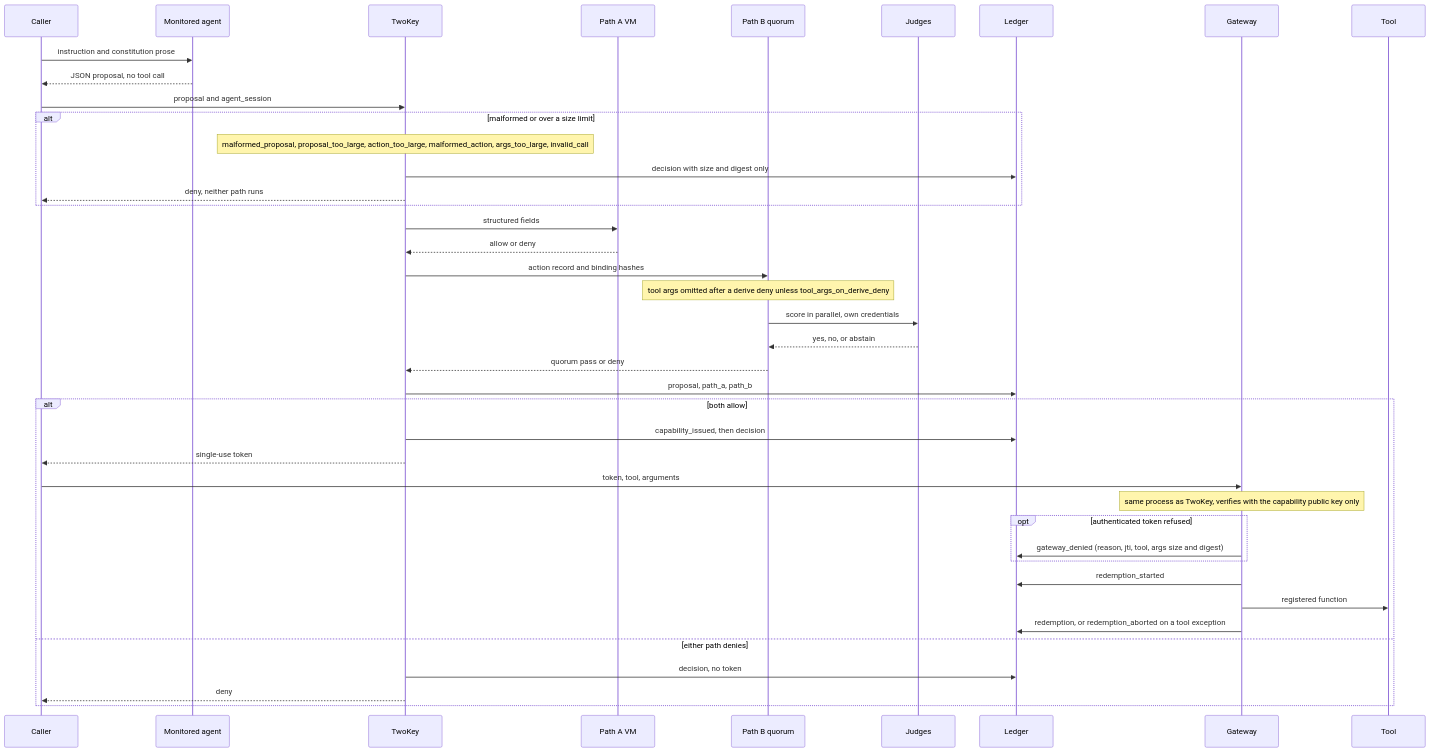
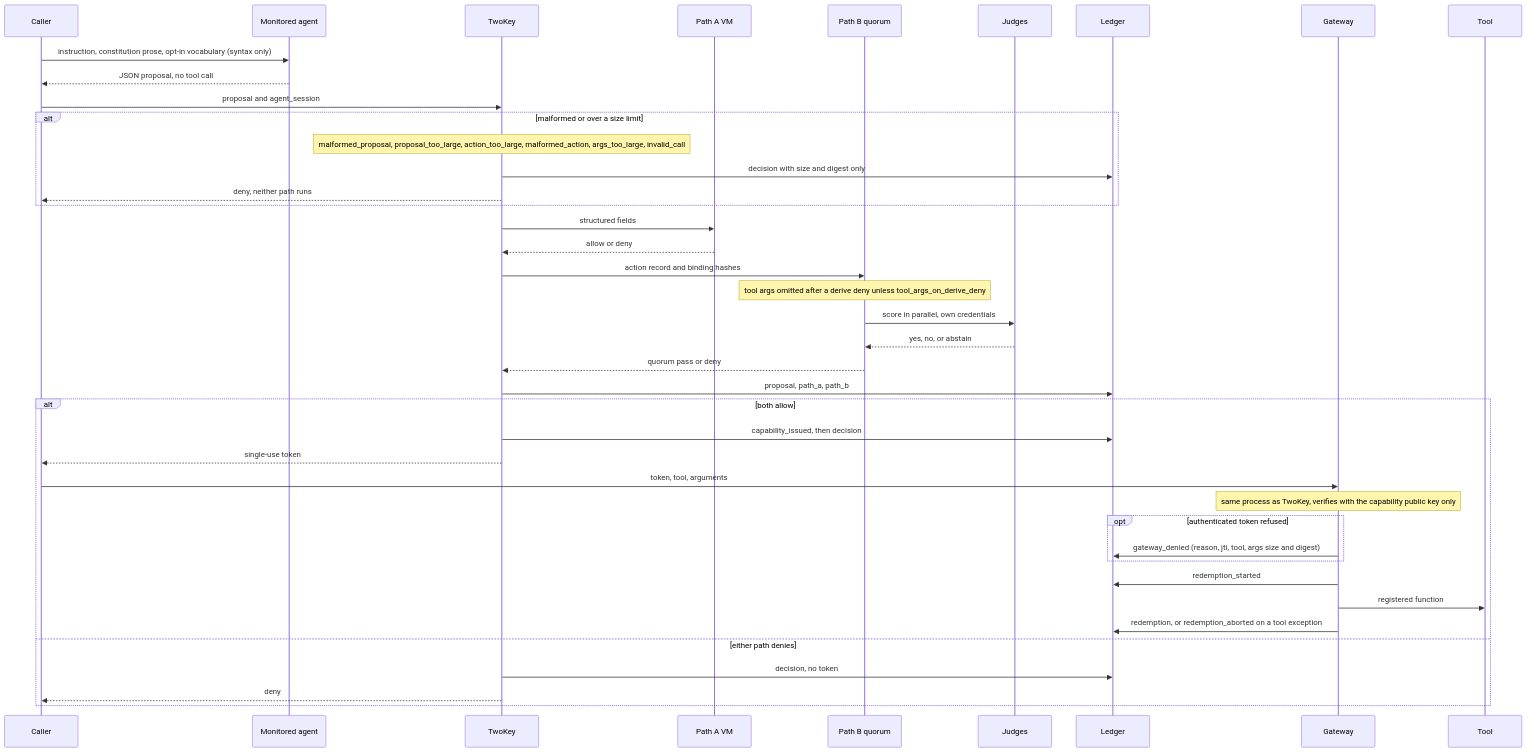
Before and after one commit to Insomniac-VibeLabs/two-key: the second of 3 diagrams in README.md, drawn with Mermaid. The commit also changed other lines of this file and 5 other files, not shown here.

First line of the commit message:
Docs: diagram the agent vocabulary exchange; add the agent trust boundary

````diff
--- a/README.md
+++ b/README.md
@@ -227,44 +229,44 @@
 ```mermaid
 sequenceDiagram
   participant Caller
   participant Agent as Monitored agent
   participant TwoKey
   participant PathA as Path A VM
   participant PathB as Path B quorum
   participant Judge as Judges
   participant Ledger
   participant Gateway
   participant Tool
 
-  Caller->>Agent: instruction and constitution prose
+  Caller->>Agent: instruction, constitution prose, opt-in vocabulary (syntax only)
   Agent-->>Caller: JSON proposal, no tool call
   Caller->>TwoKey: proposal and agent_session
   alt malformed or over a size limit
     Note over TwoKey: malformed_proposal, proposal_too_large, action_too_large, malformed_action, args_too_large, invalid_call
     TwoKey->>Ledger: decision with size and digest only
     TwoKey-->>Caller: deny, neither path runs
   end
   TwoKey->>PathA: structured fields
   PathA-->>TwoKey: allow or deny
   TwoKey->>PathB: action record and binding hashes
   Note over PathB: tool args omitted after a derive deny unless tool_args_on_derive_deny
   PathB->>Judge: score in parallel, own credentials
   Judge-->>PathB: yes, no, or abstain
   PathB-->>TwoKey: quorum pass or deny
   TwoKey->>Ledger: proposal, path_a, path_b
   alt both allow
     TwoKey->>Ledger: capability_issued, then decision
     TwoKey-->>Caller: single-use token
     Caller->>Gateway: token, tool, arguments
     Note over Gateway: same process as TwoKey, verifies with the capability public key only
     opt authenticated token refused
       Gateway->>Ledger: gateway_denied (reason, jti, tool, args size and digest)
     end
     Gateway->>Ledger: redemption_started
     Gateway->>Tool: registered function
     Gateway->>Ledger: redemption, or redemption_aborted on a tool exception
   else either path denies
     TwoKey->>Ledger: decision, no token
     TwoKey-->>Caller: deny
   end
 ```
````
